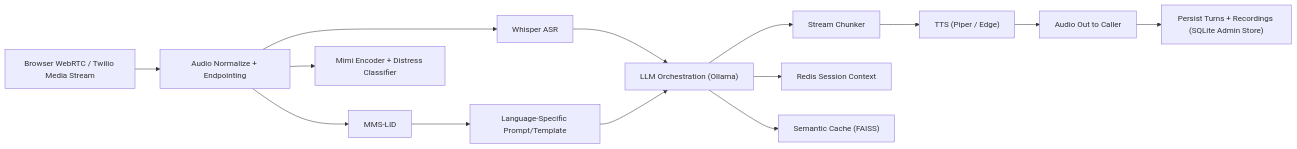
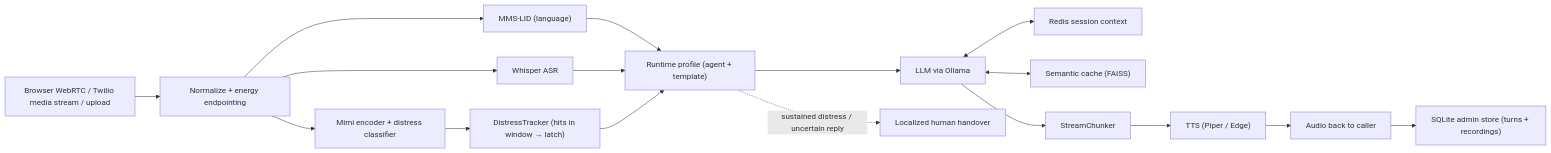
The diagram in README.md (jeevithg090/Voice-AI-Model), drawn with Mermaid before and after one commit. The commit also changed other lines of this file and 2 other files, not shown here.

````diff
--- a/README.md
+++ b/README.md
@@ -74,16 +68,19 @@
 ```mermaid
 flowchart LR
-    A["Browser WebRTC / Twilio Media Stream"] --> B["Audio Normalize + Endpointing"]
-    B --> C["MMS-LID"]
-    B --> D["Mimi Encoder + Distress Classifier"]
+    A["Browser WebRTC / Twilio media stream / upload"] --> B["Normalize + energy endpointing"]
+    B --> C["MMS-LID (language)"]
+    B --> D["Mimi encoder + distress classifier"]
     B --> E["Whisper ASR"]
-    C --> F["Language-Specific Prompt/Template"]
-    E --> G["LLM Orchestration (Ollama)"]
-    F --> G
-    G --> H["Stream Chunker"]
-    H --> I["TTS (Piper / Edge)"]
-    I --> J["Audio Out to Caller"]
-    G --> K["Redis Session Context"]
-    G --> L["Semantic Cache (FAISS)"]
-    J --> M["Persist Turns + Recordings (SQLite Admin Store)"]
+    D --> T["DistressTracker (hits in window → latch)"]
+    C --> G
+    E --> G["Runtime profile (agent + template)"]
+    T --> G
+    G --> H["LLM via Ollama"]
+    H <--> K["Redis session context"]
+    H <--> L["Semantic cache (FAISS)"]
+    H --> I["StreamChunker"]
+    I --> J["TTS (Piper / Edge)"]
+    J --> O["Audio back to caller"]
+    G -. "sustained distress / uncertain reply" .-> X["Localized human handover"]
+    O --> M["SQLite admin store (turns + recordings)"]
 ```
````
